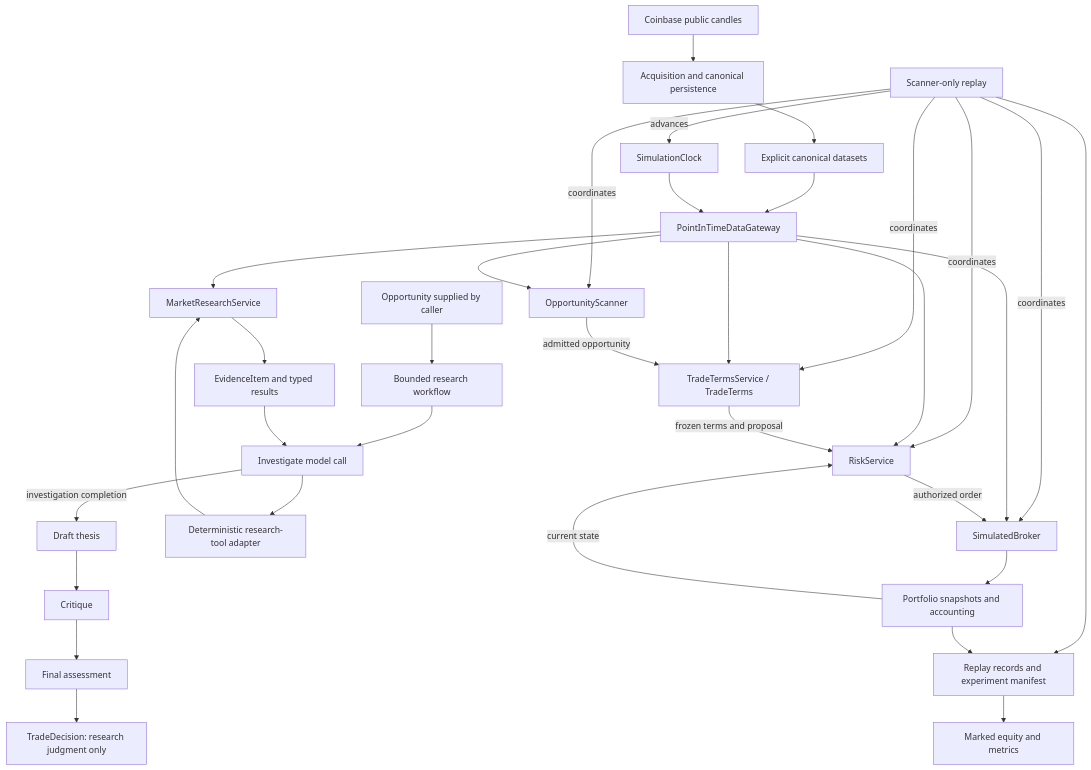
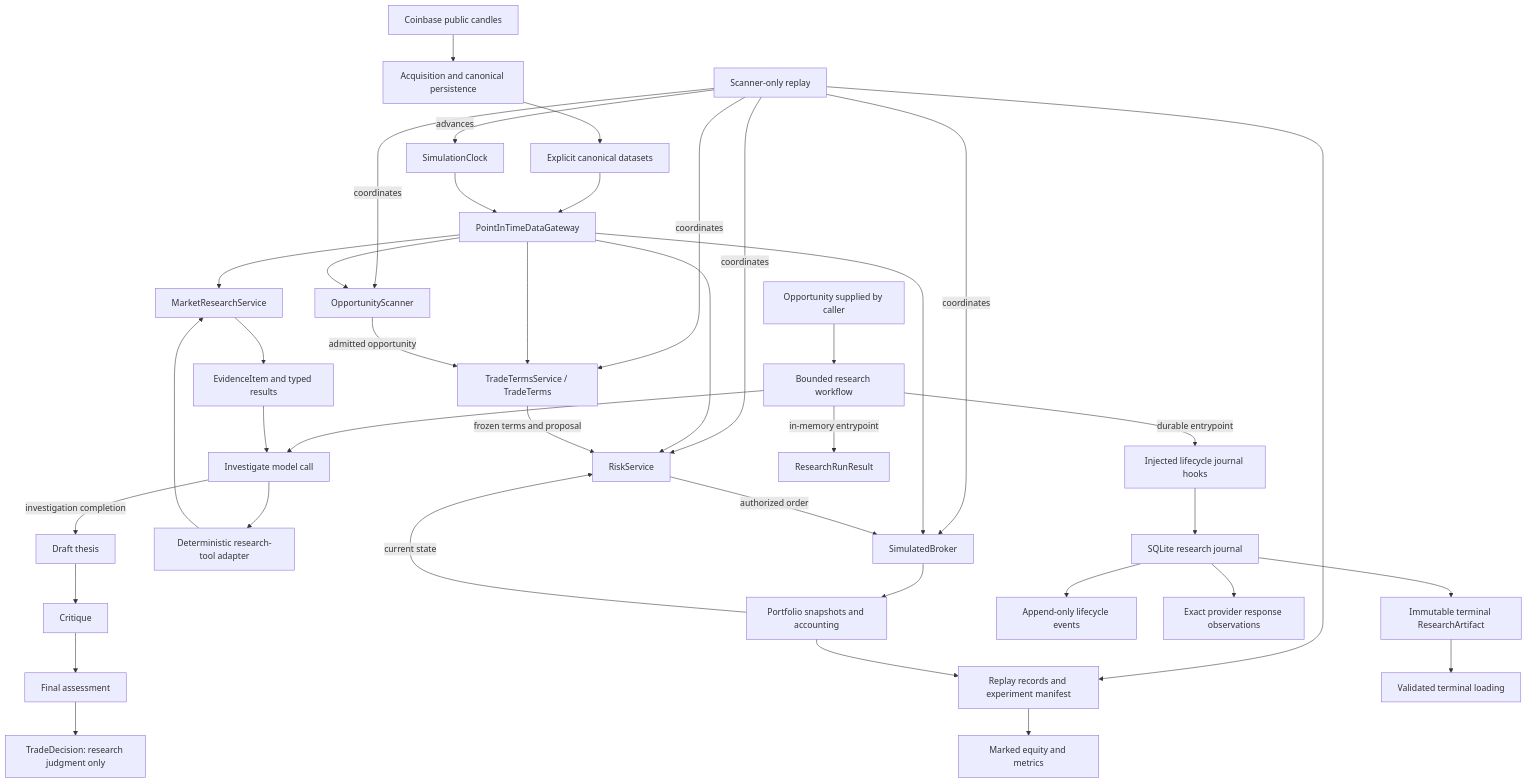
One commit to ryannteo/crypteo changed the diagram in docs/architecture.md. Above: the diagram before and after it, drawn with Mermaid. The commit also changed other lines of this file and 5 other files, not shown here.

Commit message:
Document durable research lifecycle

````diff
--- a/docs/architecture.md
+++ b/docs/architecture.md
@@ -16,35 +16,42 @@
 ```mermaid
 flowchart TD
     CB[Coinbase public candles] --> DATA[Acquisition and canonical persistence]
     DATA --> INPUT[Explicit canonical datasets]
     INPUT --> GW[PointInTimeDataGateway]
     CLOCK[SimulationClock] --> GW
     REPLAY[Scanner-only replay] -->|advances| CLOCK
     REPLAY -->|coordinates| SCAN[OpportunityScanner]
     REPLAY -->|coordinates| TERMS[TradeTermsService / TradeTerms]
     REPLAY -->|coordinates| RISK[RiskService]
     REPLAY -->|coordinates| BROKER[SimulatedBroker]
     GW --> SCAN
     GW --> TERMS
     GW --> RISK
     GW --> BROKER
     SCAN -->|admitted opportunity| TERMS
     TERMS -->|frozen terms and proposal| RISK
     RISK -->|authorized order| BROKER
     BROKER --> PORT[Portfolio snapshots and accounting]
     PORT -->|current state| RISK
     REPLAY --> RESULT[Replay records and experiment manifest]
     PORT --> RESULT
     RESULT --> METRICS[Marked equity and metrics]
     OP[Opportunity supplied by caller] --> WORK[Bounded research workflow]
     WORK --> INV[Investigate model call]
     INV --> ADAPTER[Deterministic research-tool adapter]
     ADAPTER --> TOOLS[MarketResearchService]
     GW --> TOOLS
     TOOLS --> EVIDENCE[EvidenceItem and typed results]
     EVIDENCE --> INV
     INV -->|investigation completion| THESIS[Draft thesis]
     THESIS --> CRITIC[Critique]
     CRITIC --> FINAL[Final assessment]
     FINAL --> DECISION[TradeDecision: research judgment only]
+    WORK -->|durable entrypoint| HOOKS[Injected lifecycle journal hooks]
+    HOOKS --> JOURNAL[SQLite research journal]
+    JOURNAL --> EVENTS[Append-only lifecycle events]
+    JOURNAL --> RAW[Exact provider response observations]
+    JOURNAL --> ARTIFACT[Immutable terminal ResearchArtifact]
+    ARTIFACT --> LOAD[Validated terminal loading]
+    WORK -->|in-memory entrypoint| MEMORY[ResearchRunResult]
 ```
````
